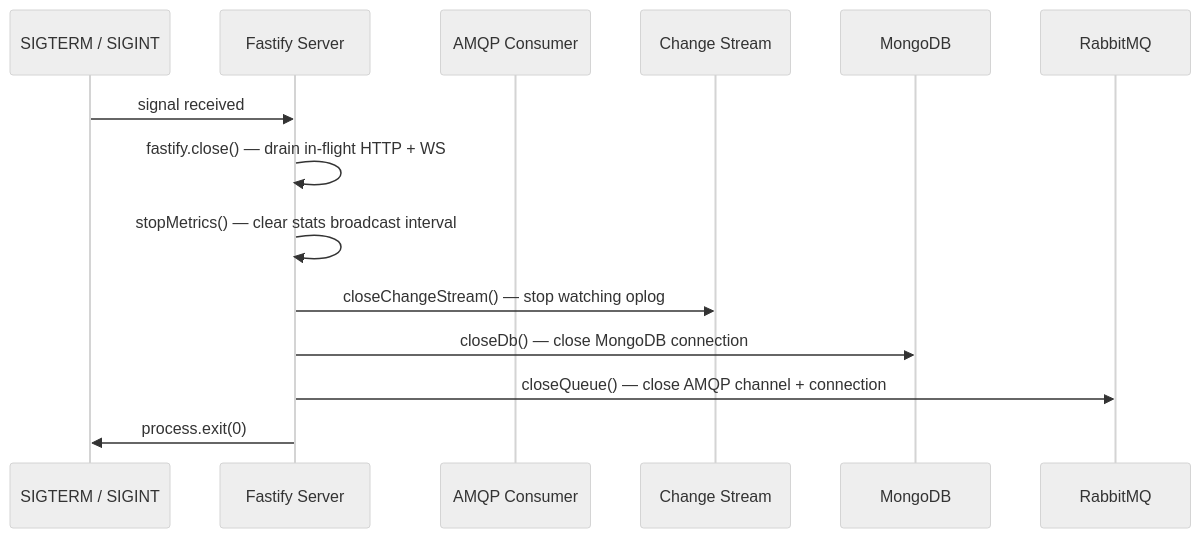
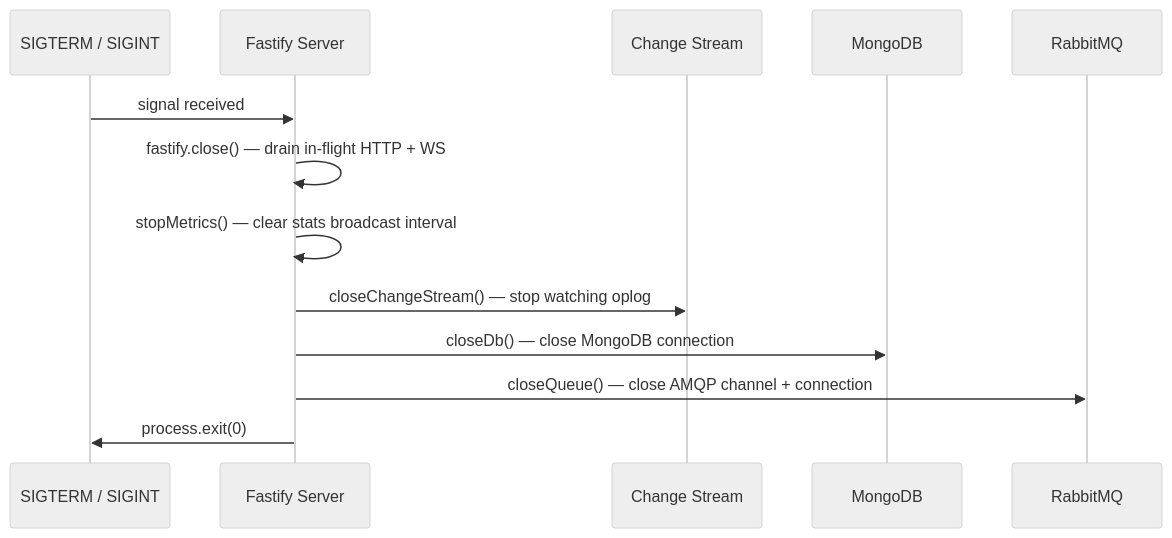
The fourth of 5 diagrams in docs/ARCHITECTURE.md (obrienma/EventHorizon), drawn with Mermaid (neutral theme) before and after one commit. The commit also changed other lines of this file and 10 other files, not shown here.

````diff
--- a/docs/ARCHITECTURE.md
+++ b/docs/ARCHITECTURE.md
@@ -160,17 +202,16 @@
 ```mermaid
 sequenceDiagram
     participant OS as SIGTERM / SIGINT
     participant Server as Fastify Server
-    participant Worker as AMQP Consumer
     participant CS as Change Stream
     participant Mongo as MongoDB
     participant RMQ as RabbitMQ
 
     OS->>Server: signal received
     Server->>Server: fastify.close() — drain in-flight HTTP + WS
     Server->>Server: stopMetrics() — clear stats broadcast interval
     Server->>CS: closeChangeStream() — stop watching oplog
     Server->>Mongo: closeDb() — close MongoDB connection
     Server->>RMQ: closeQueue() — close AMQP channel + connection
     Server->>OS: process.exit(0)
 ```
````
